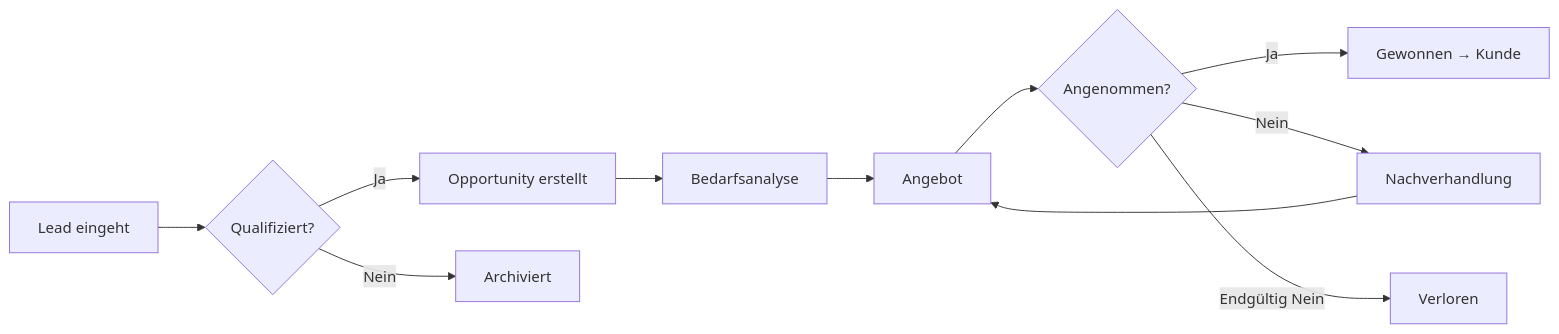
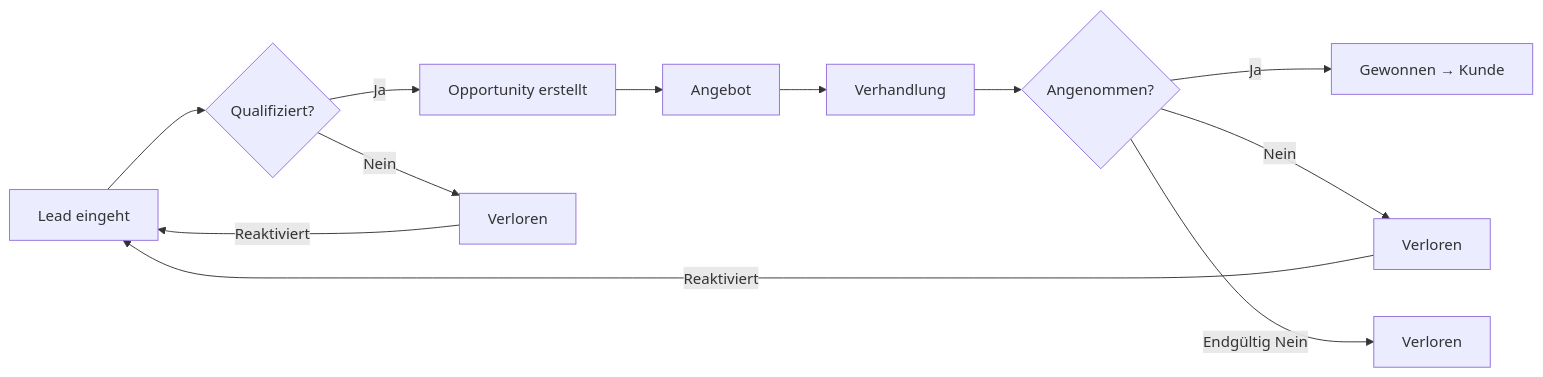
The diagram in docs/features/2025-07-12_TECH_CONCEPT_M4-opportunity-pipeline.md (joergstreeck/freshplan-sales-tool), drawn with Mermaid before and after one commit. The commit also changed other lines of this file and 58 other files, not shown here.

````diff
--- a/docs/features/2025-07-12_TECH_CONCEPT_M4-opportunity-pipeline.md
+++ b/docs/features/2025-07-12_TECH_CONCEPT_M4-opportunity-pipeline.md
@@ -340,13 +364,14 @@
 ```mermaid
 graph LR
     A[Lead eingeht] --> B{Qualifiziert?}
     B -->|Ja| C[Opportunity erstellt]
-    B -->|Nein| D[Archiviert]
-    C --> E[Bedarfsanalyse]
-    E --> F[Angebot]
+    B -->|Nein| D[Verloren]
+    C --> E[Angebot]
+    E --> F[Verhandlung]
     F --> G{Angenommen?}
     G -->|Ja| H[Gewonnen → Kunde]
-    G -->|Nein| I[Nachverhandlung]
-    I --> F
+    G -->|Nein| I[Verloren]
+    I -->|Reaktiviert| A
+    D -->|Reaktiviert| A
     G -->|Endgültig Nein| J[Verloren]
 ```
````
